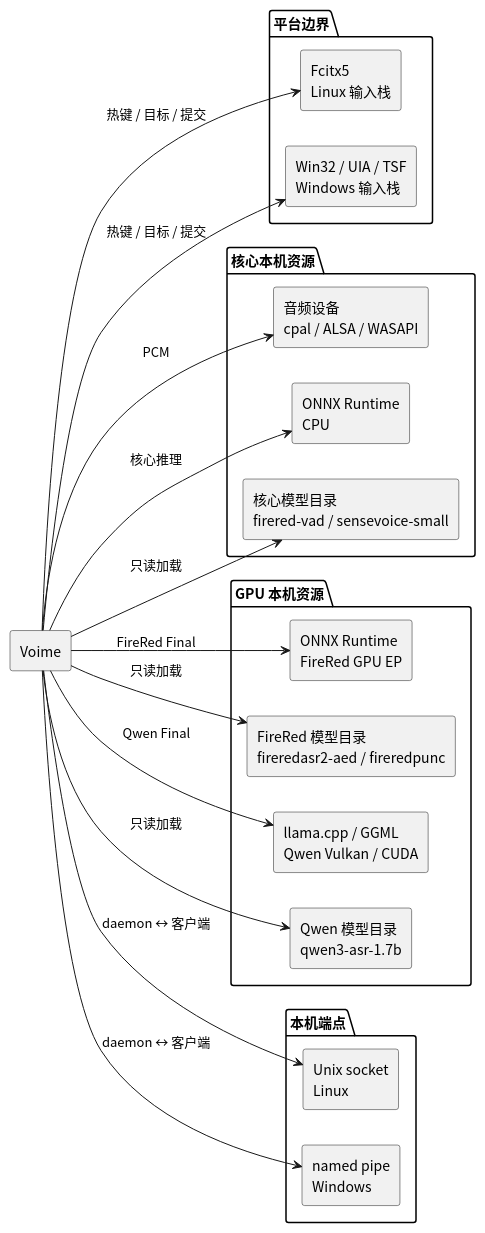
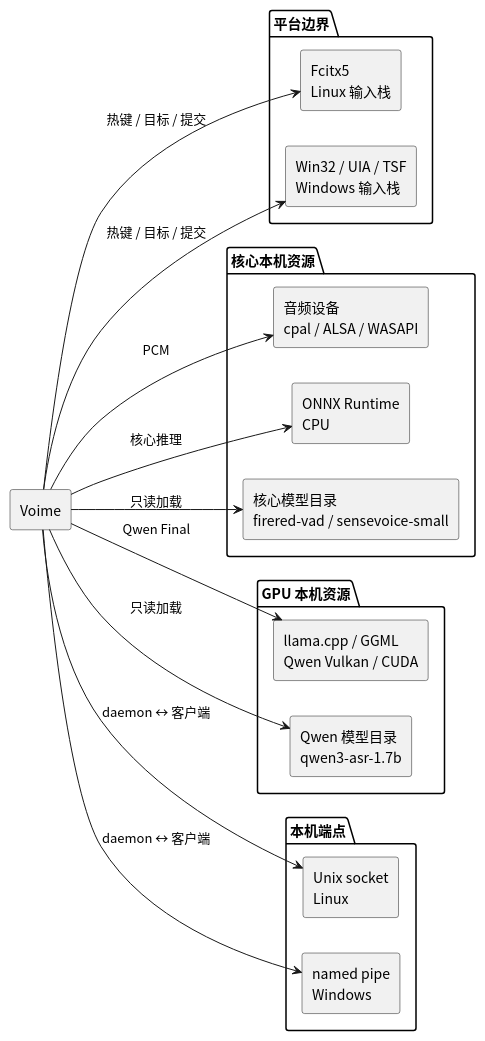
Before and after one commit to 54m43lJ/voime: the diagram in diagram/provider-map.puml, drawn with PlantUML. The commit also changed 77 other files, not shown here.

First line of the commit message:
refactor: 移除 FireRed GPU Final 后端

```diff
--- a/diagram/provider-map.puml
+++ b/diagram/provider-map.puml
@@ -1,43 +1,39 @@
 @startuml
 skinparam defaultFontName "Noto Sans CJK SC"
 skinparam shadowing false
 skinparam componentStyle rectangle
 left to right direction
 
 component "Voime" as Voime
 
 package "平台边界" {
   component "Fcitx5\nLinux 输入栈" as Fcitx
   component "Win32 / UIA / TSF\nWindows 输入栈" as Win
 }
 
 package "核心本机资源" {
   component "音频设备\ncpal / ALSA / WASAPI" as Audio
   component "ONNX Runtime\nCPU" as OrtCpu
   component "核心模型目录\nfirered-vad / sensevoice-small" as CoreModels
 }
 
 package "GPU 本机资源" {
-  component "ONNX Runtime\nFireRed GPU EP" as OrtGpu
-  component "FireRed 模型目录\nfireredasr2-aed / fireredpunc" as FireredModels
   component "llama.cpp / GGML\nQwen Vulkan / CUDA" as Llama
   component "Qwen 模型目录\nqwen3-asr-1.7b" as QwenModels
 }
 
 package "本机端点" {
   component "Unix socket\nLinux" as Unix
   component "named pipe\nWindows" as Pipe
 }
 
 Voime --> Fcitx : 热键 / 目标 / 提交
 Voime --> Win : 热键 / 目标 / 提交
 Voime --> Audio : PCM
 Voime --> OrtCpu : 核心推理
 Voime --> CoreModels : 只读加载
-Voime --> OrtGpu : FireRed Final
-Voime --> FireredModels : 只读加载
 Voime --> Llama : Qwen Final
 Voime --> QwenModels : 只读加载
 Voime --> Unix : daemon ↔ 客户端
 Voime --> Pipe : daemon ↔ 客户端
 @enduml
```
